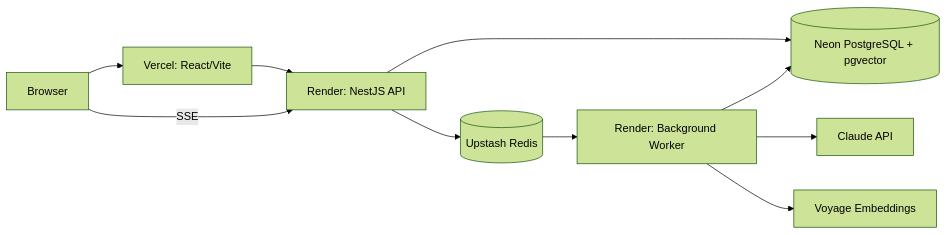
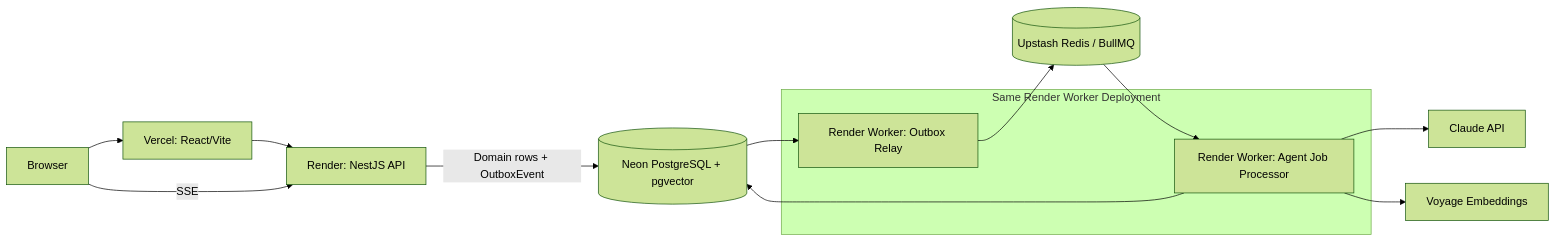
Before and after one commit to wye-ts/opspilot: the ninth of 9 diagrams in docs/03-technical-design.md, drawn with Mermaid (forest theme). The commit also changed other lines of this file, not shown here.

Commit message:
Add transactional outbox design

````diff
--- a/docs/03-technical-design.md
+++ b/docs/03-technical-design.md
@@ -1822,12 +2086,18 @@
 ```mermaid
 flowchart LR
     Browser --> Vercel[Vercel: React/Vite]
     Vercel --> RenderAPI[Render: NestJS API]
     Browser -->|SSE| RenderAPI
-    RenderAPI --> Neon[(Neon PostgreSQL + pgvector)]
-    RenderAPI --> Upstash[(Upstash Redis)]
-    Upstash --> RenderWorker[Render: Background Worker]
-    RenderWorker --> Neon
-    RenderWorker --> Claude[Claude API]
-    RenderWorker --> Voyage[Voyage Embeddings]
+    RenderAPI -->|Domain rows + OutboxEvent| Neon[(Neon PostgreSQL + pgvector)]
+    Neon --> Relay[Render Worker: Outbox Relay]
+    Relay --> Upstash[(Upstash Redis / BullMQ)]
+    Upstash --> Processor[Render Worker: Agent Job Processor]
+    Processor --> Neon
+    Processor --> Claude[Claude API]
+    Processor --> Voyage[Voyage Embeddings]
+
+    subgraph RenderWorker[Same Render Worker Deployment]
+        Relay
+        Processor
+    end
 ```
````
